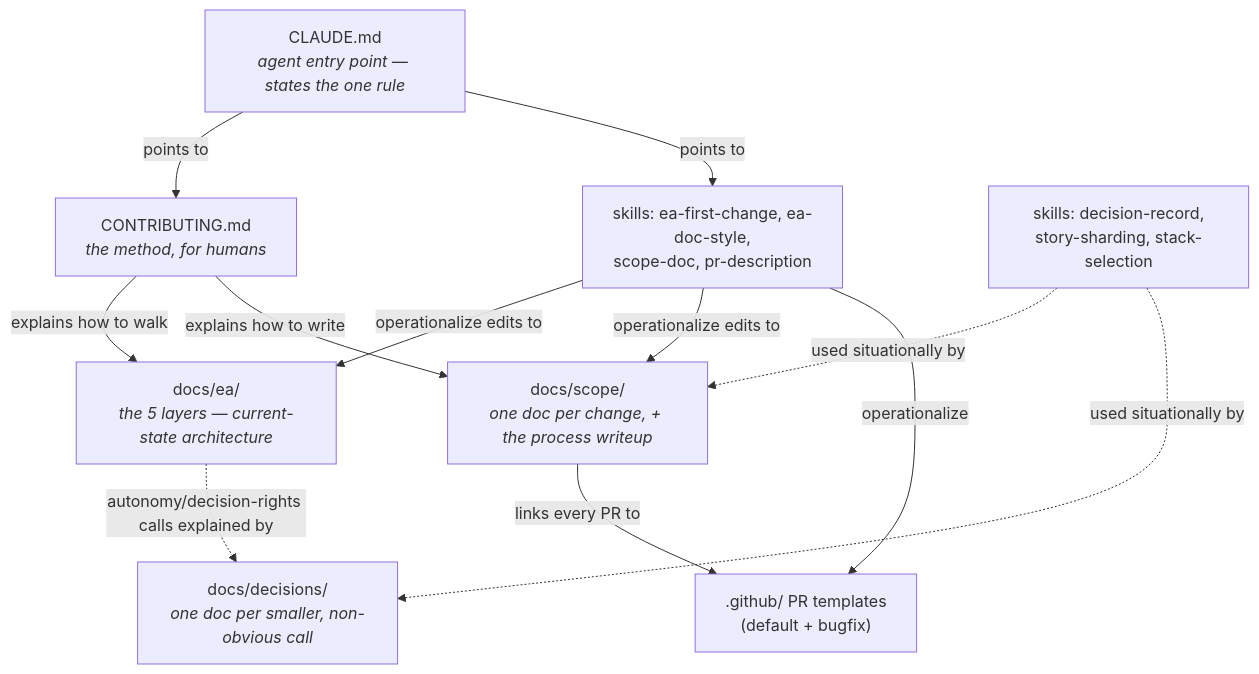
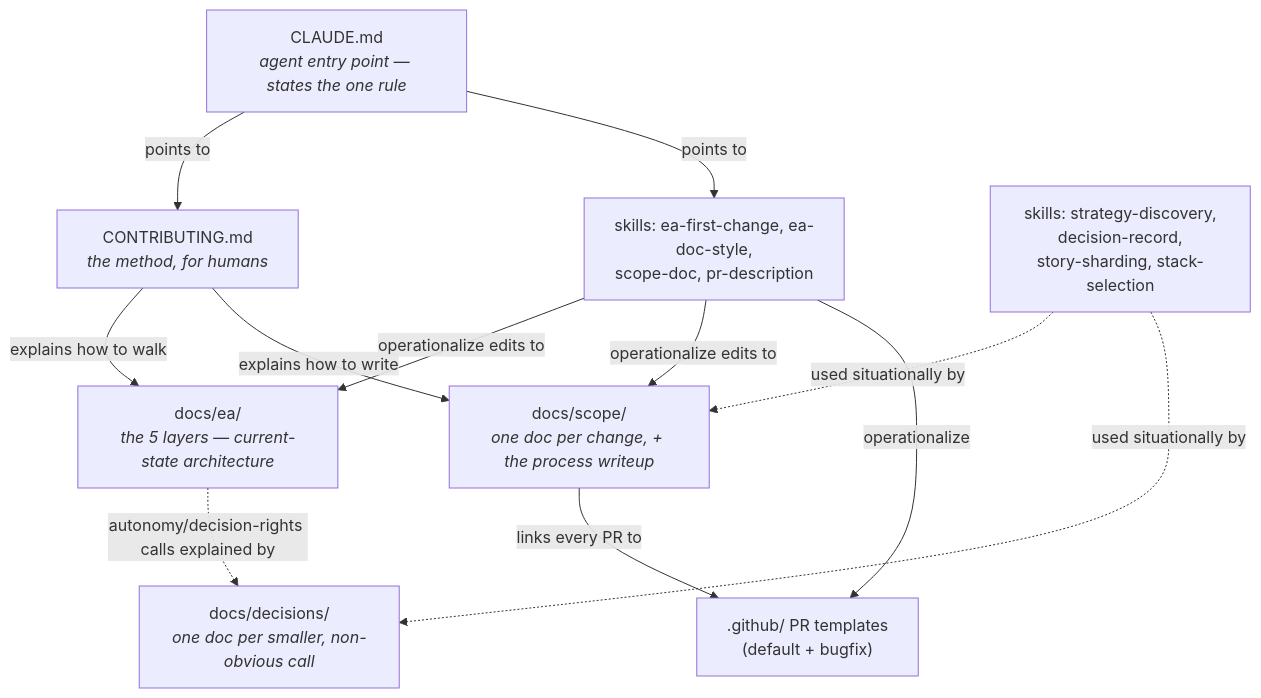
Before and after one commit to roanboc/architecture-archreator: the diagram in README.md, drawn with Mermaid. The commit also changed other lines of this file and 9 other files, not shown here.

First line of the commit message:
feat: add requester approval gates and strategy-discovery to the EA-first process

````diff
--- a/README.md
+++ b/README.md
@@ -133,23 +141,23 @@
 ```mermaid
 flowchart TB
   claude["CLAUDE.md<br><i>agent entry point — states the one rule</i>"]
   contrib["CONTRIBUTING.md<br><i>the method, for humans</i>"]
   ea["docs/ea/<br><i>the 5 layers — current-state architecture</i>"]
   scope["docs/scope/<br><i>one doc per change, + the process writeup</i>"]
   decisions["docs/decisions/<br><i>one doc per smaller, non-obvious call</i>"]
   skillscore["skills: ea-first-change, ea-doc-style,<br>scope-doc, pr-description"]
-  skillssupport["skills: decision-record,<br>story-sharding, stack-selection"]
+  skillssupport["skills: strategy-discovery,<br>decision-record,<br>story-sharding, stack-selection"]
   pr[".github/ PR templates<br>(default + bugfix)"]
 
   claude -->|points to| contrib
   claude -->|points to| skillscore
   contrib -->|explains how to walk| ea
   contrib -->|explains how to write| scope
   skillscore -->|operationalize edits to| ea
   skillscore -->|operationalize edits to| scope
   skillscore -->|operationalize| pr
   skillssupport -.->|used situationally by| scope
   skillssupport -.->|used situationally by| decisions
   ea -.->|autonomy/decision-rights calls explained by| decisions
   scope -->|links every PR to| pr
 ```
````
